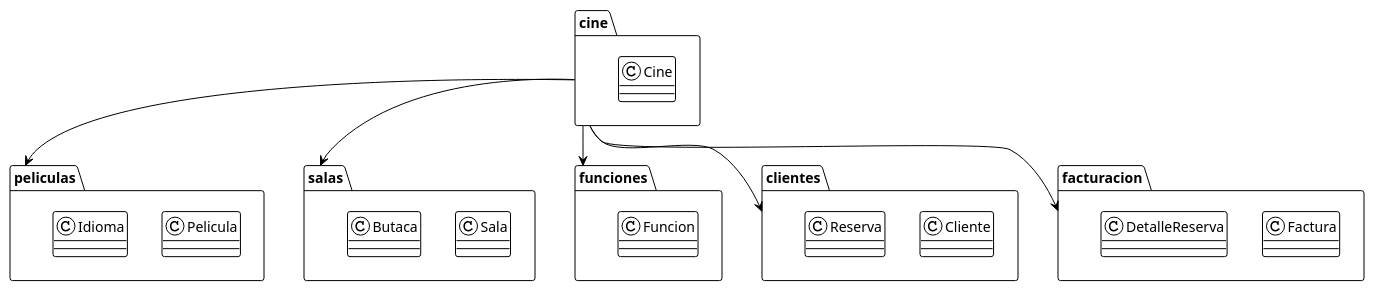
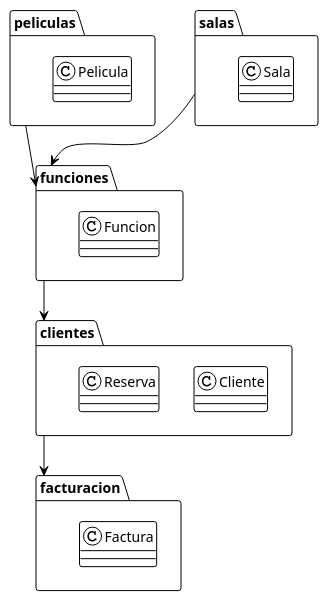
One commit to FacuDemarchi/POO changed the diagram in docs/diagrams/code/packages.puml. Above: the diagram before and after it, drawn with PlantUML. The commit also changed 16 other files, not shown here.

```diff
--- a/docs/diagrams/code/packages.puml
+++ b/docs/diagrams/code/packages.puml
@@ -1,39 +1,31 @@
 @startuml Packages
 !theme plain
 
-package "cine" {
-    class Cine
-}
-
 package "peliculas" {
     class Pelicula
-    class Idioma
 }
 
 package "salas" {
     class Sala
-    class Butaca
 }
 
 package "funciones" {
     class Funcion
 }
 
 package "clientes" {
     class Cliente
     class Reserva
 }
 
 package "facturacion" {
     class Factura
-    class DetalleReserva
 }
 
 ' Relaciones entre paquetes
-cine --> peliculas
-cine --> salas
-cine --> funciones
-cine --> clientes
-cine --> facturacion
+peliculas --> funciones
+salas --> funciones
+funciones --> clientes
+clientes --> facturacion
 
 @enduml
```
